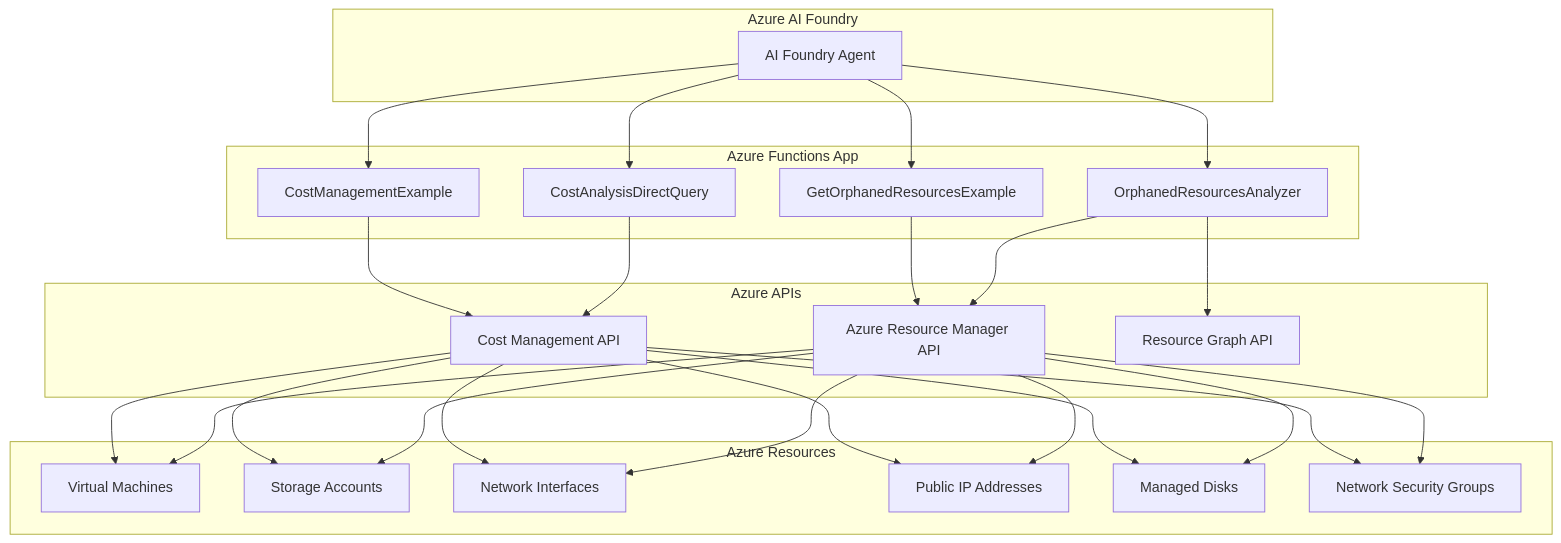
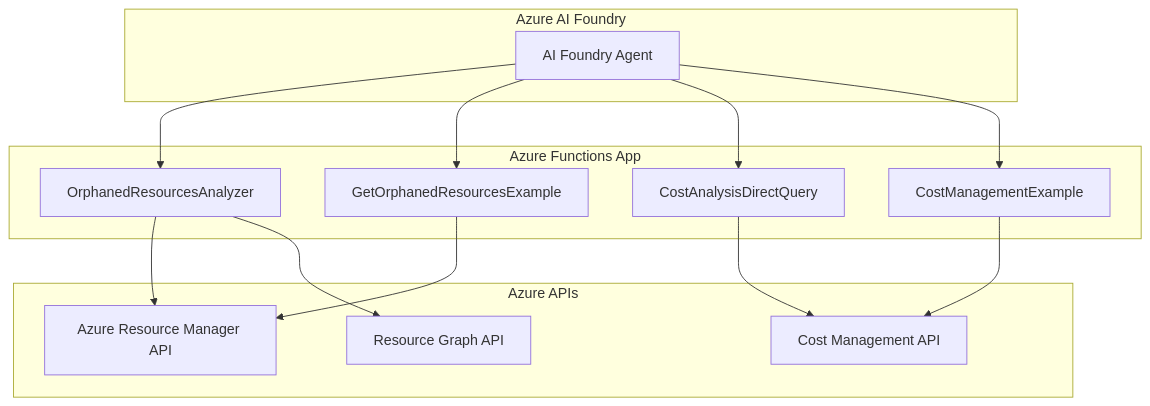
One commit to maayanlux/OrphanedCost_AIAgent changed the diagram in README.md. Above: the diagram before and after it, drawn with Mermaid.

Commit message:
Clean up architecture diagram in README
- Removed 'Azure Resources' subgraph from mermaid diagram
- Simplified architecture visualization to focus on core components
- Cleaner diagram showing AI Foundry → Functions → APIs flow

````diff
--- a/README.md
+++ b/README.md
@@ -7,53 +7,30 @@
 ```mermaid
 graph TB
     subgraph "Azure AI Foundry"
         Agent[AI Foundry Agent]
     end
     
     subgraph "Azure Functions App"
         F1[OrphanedResourcesAnalyzer]
         F2[GetOrphanedResourcesExample]
         F3[CostAnalysisDirectQuery]
         F4[CostManagementExample]
     end
     
     subgraph "Azure APIs"
         ARM[Azure Resource Manager API]
         CM[Cost Management API]
         RG[Resource Graph API]
     end
     
-    subgraph "Azure Resources"
-        VM[Virtual Machines]
-        ST[Storage Accounts]
-        NIC[Network Interfaces]
-        IP[Public IP Addresses]
-        DISK[Managed Disks]
-        NSG[Network Security Groups]
-    end
-    
     Agent --> F1
     Agent --> F2
     Agent --> F3
     Agent --> F4
     
     F1 --> ARM
     F1 --> RG
     F2 --> ARM
     F3 --> CM
     F4 --> CM
-    
-    ARM --> VM
-    ARM --> ST
-    ARM --> NIC
-    ARM --> IP
-    ARM --> DISK
-    ARM --> NSG
-    
-    CM --> VM
-    CM --> ST
-    CM --> NIC
-    CM --> IP
-    CM --> DISK
-    CM --> NSG
 ```
````
